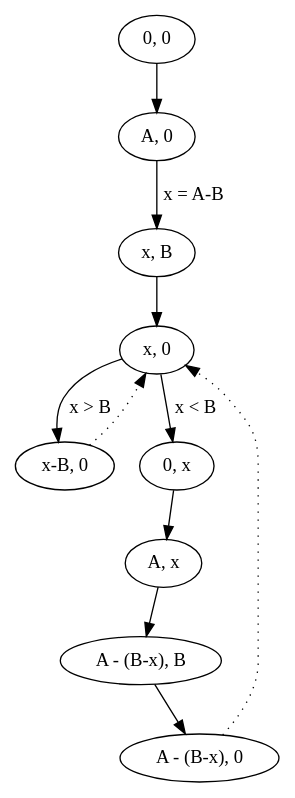
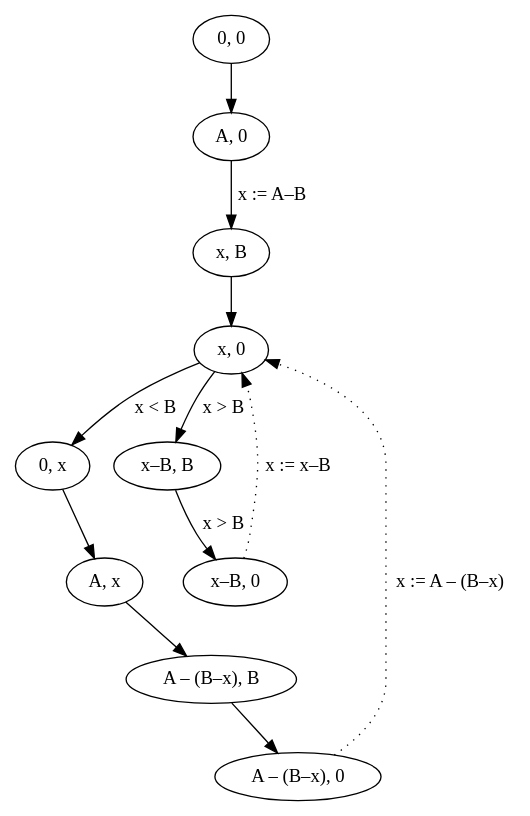
One commit to klon1030/exercises changed the diagram in two_vessels/docs/graphs/graph1_example.gv. Above: the diagram before and after it, drawn with Graphviz. The commit also changed 1 other file, not shown here.

Commit message:
* Дефисы в диаграммах заменены на минусы. * Дполнительные подписи к "точечным" переходам. * Добавление нехватающего точечного перехода в первую диаграмму.

```diff
--- a/two_vessels/docs/graphs/graph1_example.gv
+++ b/two_vessels/docs/graphs/graph1_example.gv
@@ -1,10 +1,11 @@
  digraph G {
 "0, 0" -> "A, 0";
-"A, 0" -> "x, B" [label = "x = A-B"];
+"A, 0" -> "x, B" [label = "x := A–B"];
 "x, B" -> "x, 0";
-"x, 0" -> "x-B, 0" [label = "x > B"];
-"x-B, 0" -> "x, 0"  [style=dotted];
+"x, 0" -> "x–B, B" [label = "x > B"];
+"x–B, B" -> "x–B, 0" [label = "x > B"];
+"x–B, 0" -> "x, 0"  [style=dotted, label = "x := x–B"];
 "x, 0" -> "0, x" [label = "x < B"];
-"0, x" -> "A, x" -> "A - (B-x), B" -> "A - (B-x), 0";
-"A - (B-x), 0" -> "x, 0" [style=dotted];
+"0, x" -> "A, x" -> "A – (B–x), B" -> "A – (B–x), 0";
+"A – (B–x), 0" -> "x, 0" [style=dotted, label = "x := A – (B–x)"];
  }
```
